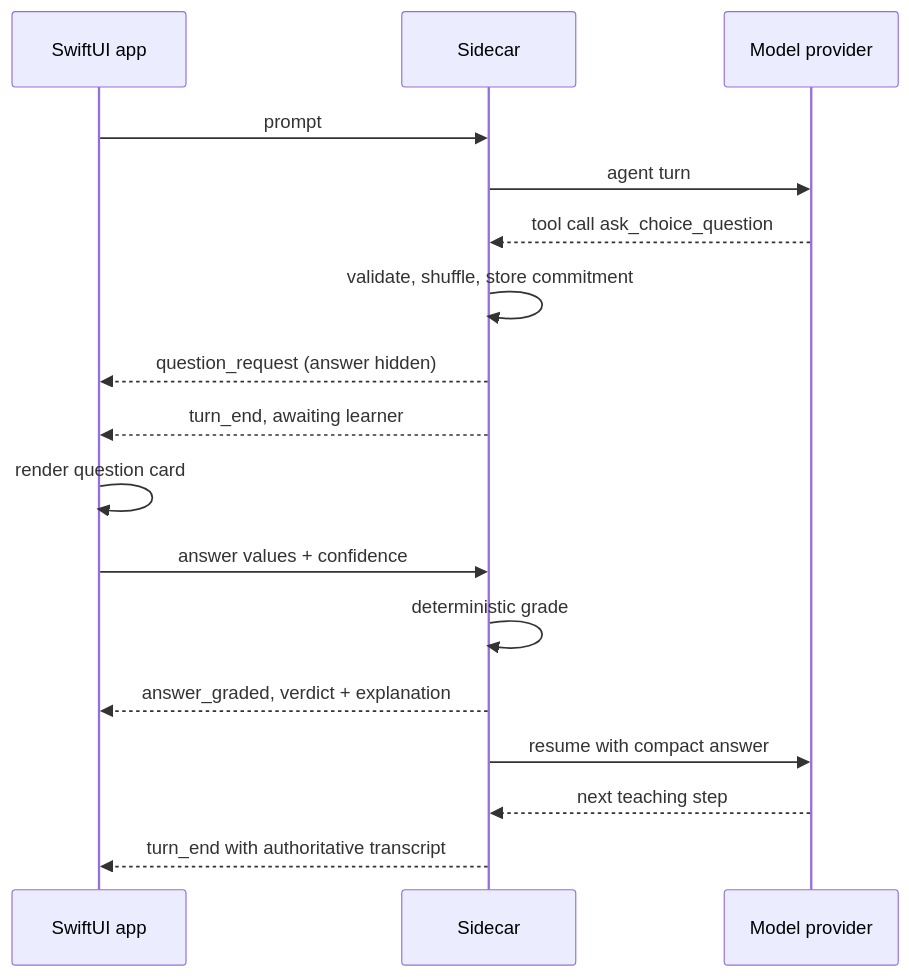
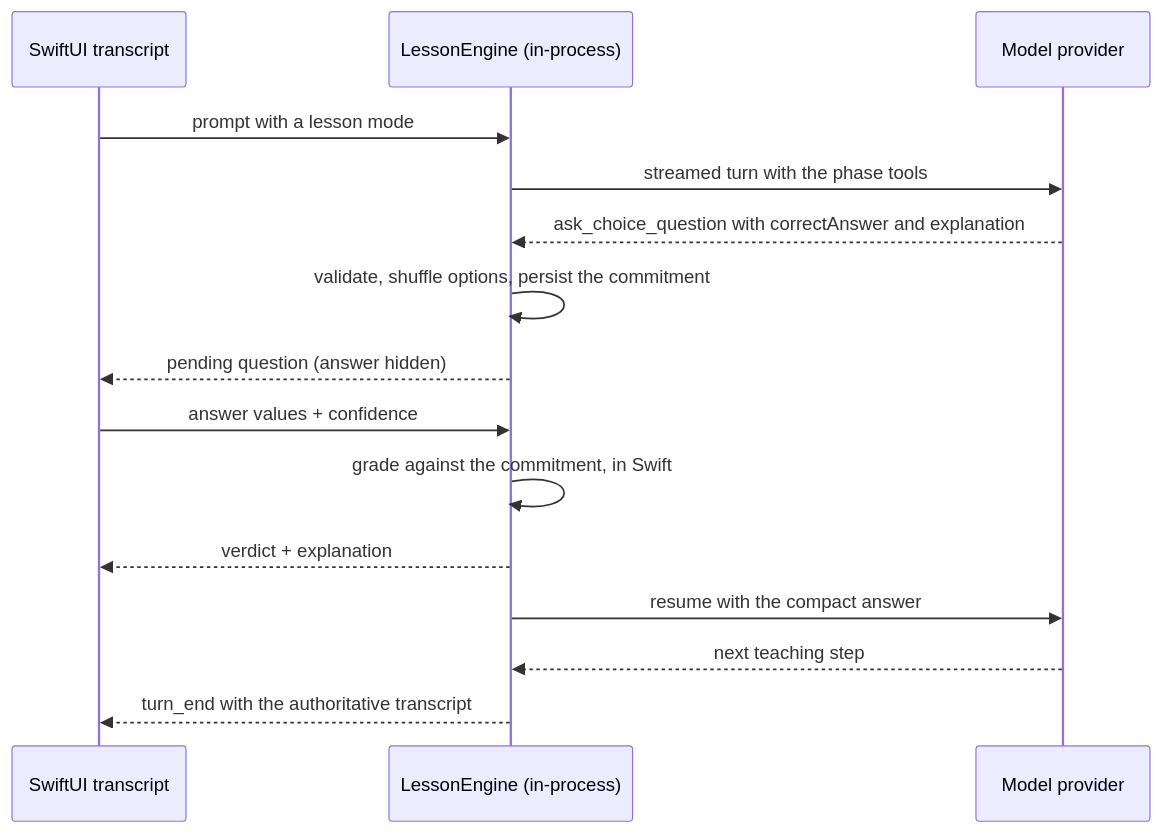
The first of 2 diagrams in src/content/writeups/ludus.md (xHugo21/xhugo21.github.io), drawn with Mermaid before and after one commit. The commit also changed other lines of this file and 6 other files, not shown here.

````diff
--- a/src/content/writeups/ludus.md
+++ b/src/content/writeups/ludus.md
@@ -22,19 +26,17 @@
 ```mermaid Ludus turn with a committed question
 sequenceDiagram
-  participant App as SwiftUI app
-  participant Side as Sidecar
+  participant UI as SwiftUI transcript
+  participant Engine as LessonEngine (in-process)
   participant Model as Model provider
-  App->>Side: prompt
-  Side->>Model: agent turn
-  Model-->>Side: tool call ask_choice_question
-  Side->>Side: validate, shuffle, store commitment
-  Side-->>App: question_request (answer hidden)
-  Side-->>App: turn_end, awaiting learner
-  App->>App: render question card
-  App->>Side: answer values + confidence
-  Side->>Side: deterministic grade
-  Side-->>App: answer_graded, verdict + explanation
-  Side->>Model: resume with compact answer
-  Model-->>Side: next teaching step
-  Side-->>App: turn_end with authoritative transcript
+  UI->>Engine: prompt with a lesson mode
+  Engine->>Model: streamed turn with the phase tools
+  Model-->>Engine: ask_choice_question with correctAnswer and explanation
+  Engine->>Engine: validate, shuffle options, persist the commitment
+  Engine-->>UI: pending question (answer hidden)
+  UI->>Engine: answer values + confidence
+  Engine->>Engine: grade against the commitment, in Swift
+  Engine-->>UI: verdict + explanation
+  Engine->>Model: resume with the compact answer
+  Model-->>Engine: next teaching step
+  Engine-->>UI: turn_end with the authoritative transcript
 ```
````
